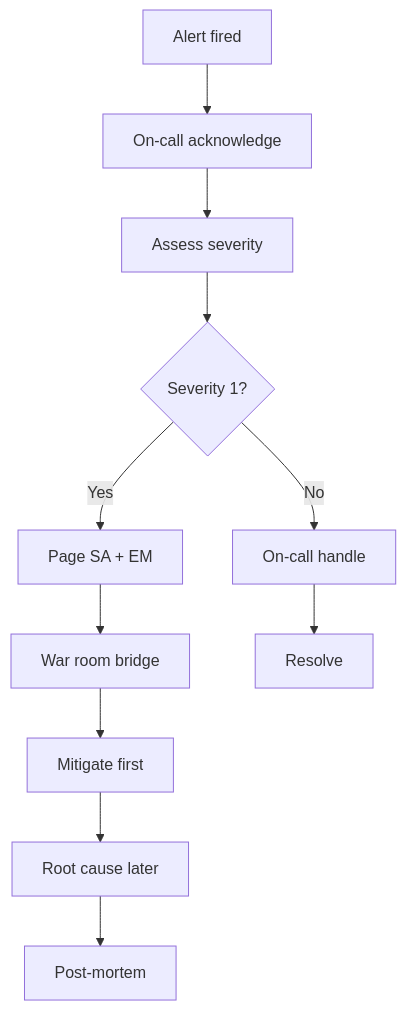
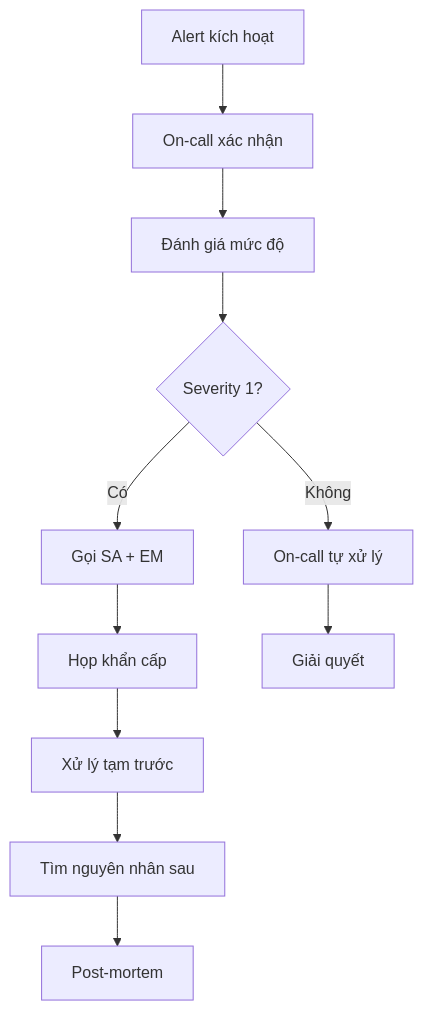
One commit to chungminhtu/S--tay-SA--Solution-Architect- changed the eighth of 8 diagrams in So_tay_SA_VN.md. Above: the diagram before and after it, drawn with Mermaid. The commit also changed other lines of this file, not shown here.

````diff
--- a/So_tay_SA_VN.md
+++ b/So_tay_SA_VN.md
@@ -1314,13 +1314,13 @@
 ```mermaid
 flowchart TD
-    Alert[Alert fired] --> Ack[On-call acknowledge]
-    Ack --> Assess[Assess severity]
+    Alert[Alert kích hoạt] --> Ack[On-call xác nhận]
+    Ack --> Assess[Đánh giá mức độ]
     Assess --> Sev1{Severity 1?}
-    Sev1 -->|Yes| Page[Page SA + EM]
-    Sev1 -->|No| Handle[On-call handle]
-    Page --> Bridge[War room bridge]
-    Bridge --> Mitigate[Mitigate first]
-    Mitigate --> RCA[Root cause later]
-    Handle --> Resolve[Resolve]
+    Sev1 -->|Có| Page[Gọi SA + EM]
+    Sev1 -->|Không| Handle[On-call tự xử lý]
+    Page --> Bridge[Họp khẩn cấp]
+    Bridge --> Mitigate[Xử lý tạm trước]
+    Mitigate --> RCA[Tìm nguyên nhân sau]
+    Handle --> Resolve[Giải quyết]
     RCA --> PostMortem[Post-mortem]
 ```
````
